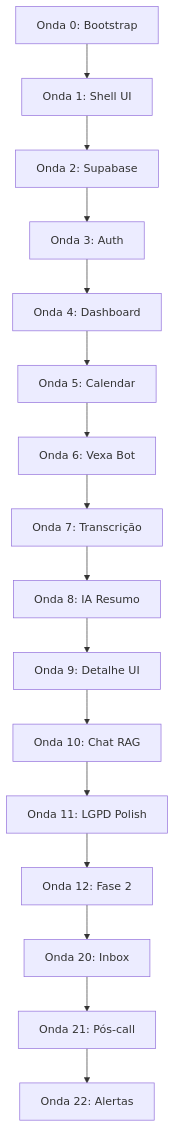
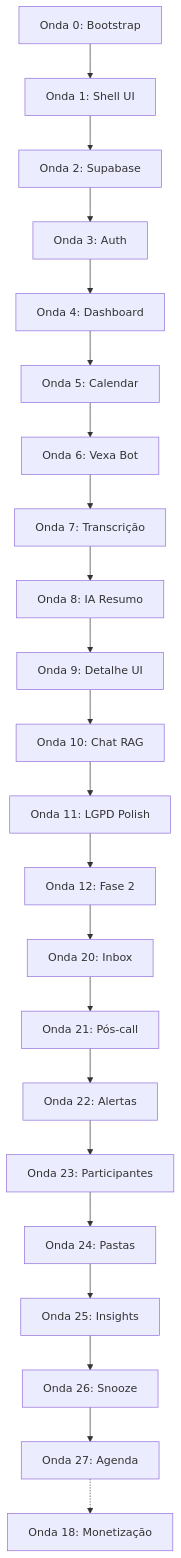
Before and after one commit to solerpedroo/reuniai: the first of 3 diagrams in implementation-plan.md, drawn with Mermaid. The commit also changed other lines of this file, not shown here.

````diff
--- a/implementation-plan.md
+++ b/implementation-plan.md
@@ -75,18 +86,24 @@
 ```mermaid
 flowchart TD
     O0[Onda 0: Bootstrap] --> O1[Onda 1: Shell UI]
     O1 --> O2[Onda 2: Supabase]
     O2 --> O3[Onda 3: Auth]
     O3 --> O4[Onda 4: Dashboard]
     O4 --> O5[Onda 5: Calendar]
     O5 --> O6[Onda 6: Vexa Bot]
     O6 --> O7[Onda 7: Transcrição]
     O7 --> O8[Onda 8: IA Resumo]
     O8 --> O9[Onda 9: Detalhe UI]
     O9 --> O10[Onda 10: Chat RAG]
     O10 --> O11[Onda 11: LGPD Polish]
     O11 --> O12[Onda 12: Fase 2]
     O12 --> O20[Onda 20: Inbox]
     O20 --> O21[Onda 21: Pós-call]
     O21 --> O22[Onda 22: Alertas]
+    O22 --> O23[Onda 23: Participantes]
+    O23 --> O24[Onda 24: Pastas]
+    O24 --> O25[Onda 25: Insights]
+    O25 --> O26[Onda 26: Snooze]
+    O26 --> O27[Onda 27: Agenda]
+    O27 -.-> O18[Onda 18: Monetização]
 ```
````
